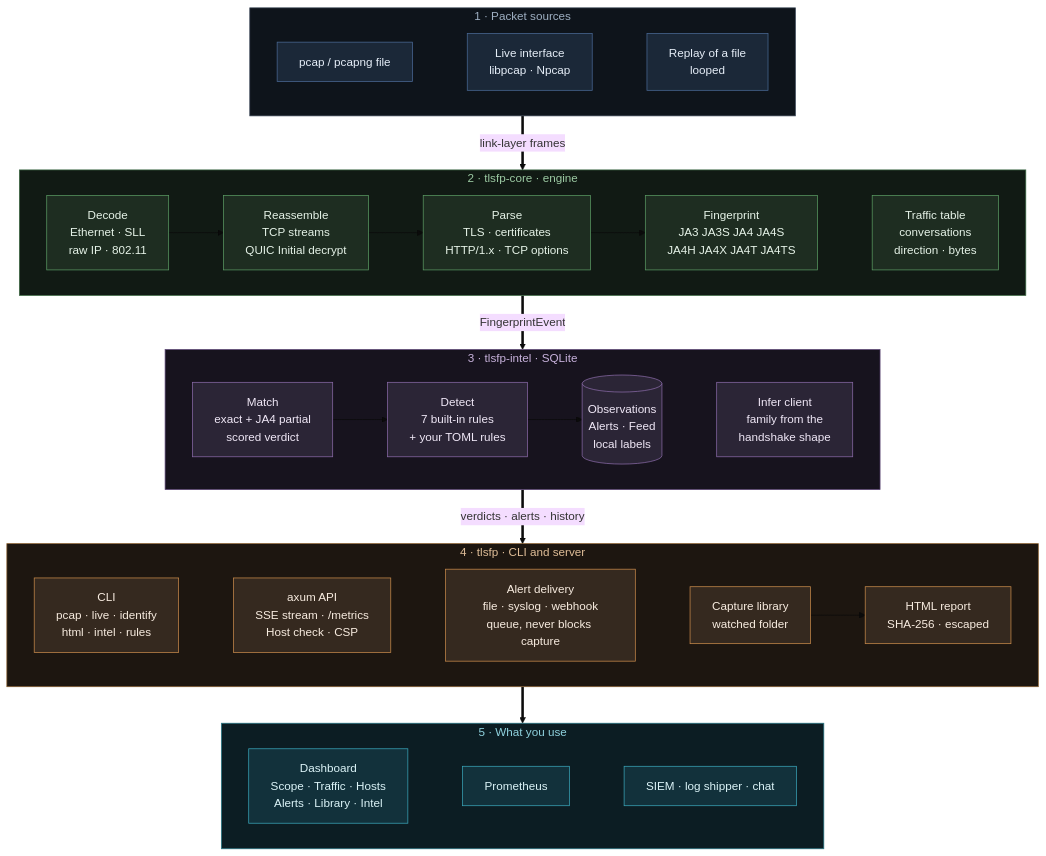
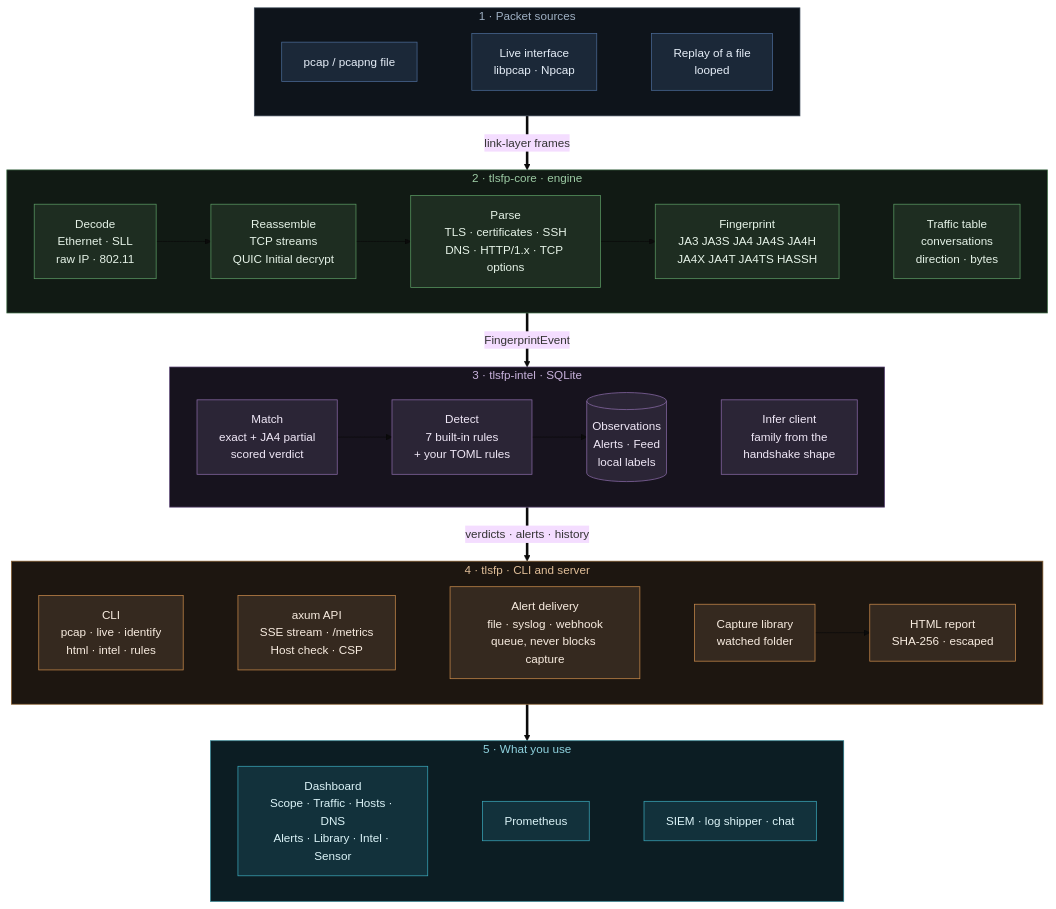
Before and after one commit to TurlaFSB/JA3-JA4-TLS-FINGERPRINTING: the diagram in docs/architecture.mmd, drawn with Mermaid (base theme). The commit also changed 10 other files, not shown here.

First line of the commit message:
README rewritten with complete step-by-step installation, first-run walkthrough, configuration, FAQ and troubleshooting; documents updated for SSH, DNS and the Sensor page

```diff
--- a/docs/architecture.mmd
+++ b/docs/architecture.mmd
@@ -1,70 +1,70 @@
 flowchart TB
   classDef src fill:#1b2838,stroke:#4a6a96,color:#e6eef8
   classDef core fill:#1e2d21,stroke:#5b9a63,color:#e6f3e8
   classDef intel fill:#2b2536,stroke:#8a6aa8,color:#f0e8f7
   classDef app fill:#35291f,stroke:#c98a4b,color:#f8ece0
   classDef ui fill:#12313b,stroke:#3aa6b9,color:#dcf4f8
 
   subgraph IN["1 · Packet sources"]
     direction LR
     F["pcap / pcapng file"]
     L["Live interface<br/>libpcap · Npcap"]
     R["Replay of a file<br/>looped"]
     F ~~~ L ~~~ R
   end
 
   subgraph CORE["2 · tlsfp-core · engine"]
     direction LR
     D["Decode<br/>Ethernet · SLL<br/>raw IP · 802.11"]
     S["Reassemble<br/>TCP streams<br/>QUIC Initial decrypt"]
-    P["Parse<br/>TLS · certificates<br/>HTTP/1.x · TCP options"]
-    FP["Fingerprint<br/>JA3 JA3S JA4 JA4S<br/>JA4H JA4X JA4T JA4TS"]
+    P["Parse<br/>TLS · certificates · SSH<br/>DNS · HTTP/1.x · TCP options"]
+    FP["Fingerprint<br/>JA3 JA3S JA4 JA4S JA4H<br/>JA4X JA4T JA4TS HASSH"]
     TT["Traffic table<br/>conversations<br/>direction · bytes"]
     D --> S --> P --> FP
     FP ~~~ TT
   end
 
   subgraph INTEL["3 · tlsfp-intel · SQLite"]
     direction LR
     M["Match<br/>exact + JA4 partial<br/>scored verdict"]
     DET["Detect<br/>7 built-in rules<br/>+ your TOML rules"]
     DB[("Observations<br/>Alerts · Feed<br/>local labels")]
     CI["Infer client<br/>family from the<br/>handshake shape"]
     M --> DET --> DB
     DB ~~~ CI
   end
 
   subgraph APP["4 · tlsfp · CLI and server"]
     direction LR
     CLI["CLI<br/>pcap · live · identify<br/>html · intel · rules"]
     API["axum API<br/>SSE stream · /metrics<br/>Host check · CSP"]
     LIB["Capture library<br/>watched folder"]
     REP["HTML report<br/>SHA-256 · escaped"]
     DEL["Alert delivery<br/>file · syslog · webhook<br/>queue, never blocks capture"]
     CLI ~~~ API ~~~ DEL ~~~ LIB
     LIB --> REP
   end
 
   subgraph OUT["5 · What you use"]
     direction LR
-    UI["Dashboard<br/>Scope · Traffic · Hosts<br/>Alerts · Library · Intel"]
+    UI["Dashboard<br/>Scope · Traffic · Hosts · DNS<br/>Alerts · Library · Intel · Sensor"]
     PROM["Prometheus"]
     SIEM["SIEM · log shipper · chat"]
     UI ~~~ PROM ~~~ SIEM
   end
 
   IN ==>|"link-layer frames"| CORE
   CORE ==>|"FingerprintEvent"| INTEL
   INTEL ==>|"verdicts · alerts · history"| APP
   APP ==> OUT
 
   class F,L,R src
   class D,S,P,FP,TT core
   class M,DET,DB,CI intel
   class CLI,API,LIB,REP,DEL app
   class UI,PROM,SIEM ui
   style IN fill:#0e141b,stroke:#3a4656,color:#9fb0c3
   style CORE fill:#111a14,stroke:#3d6b44,color:#9ccaa3
   style INTEL fill:#17131e,stroke:#5e4878,color:#c8b2dc
   style APP fill:#1d1610,stroke:#8a5f2f,color:#e0be98
   style OUT fill:#0c1d23,stroke:#277a89,color:#8fd2de
```
